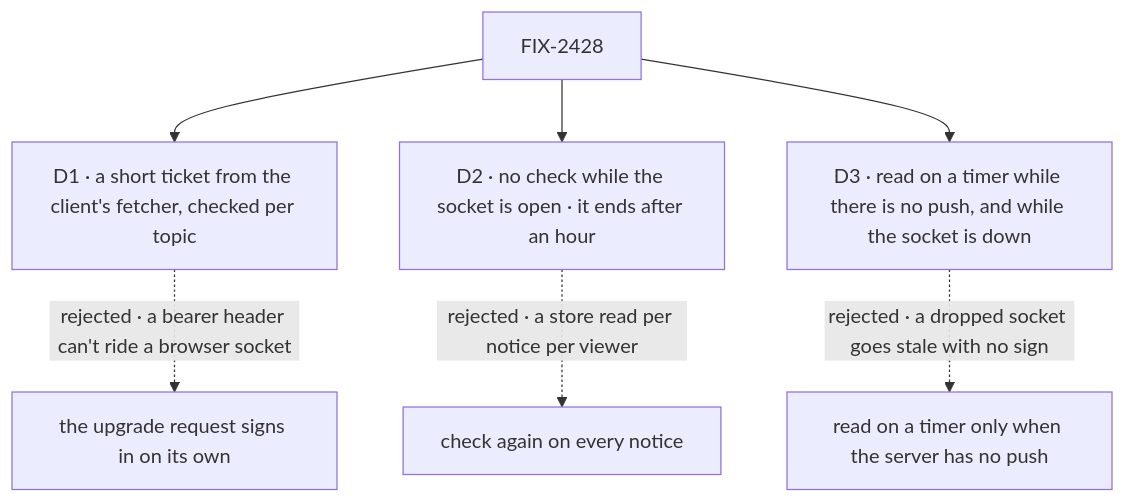
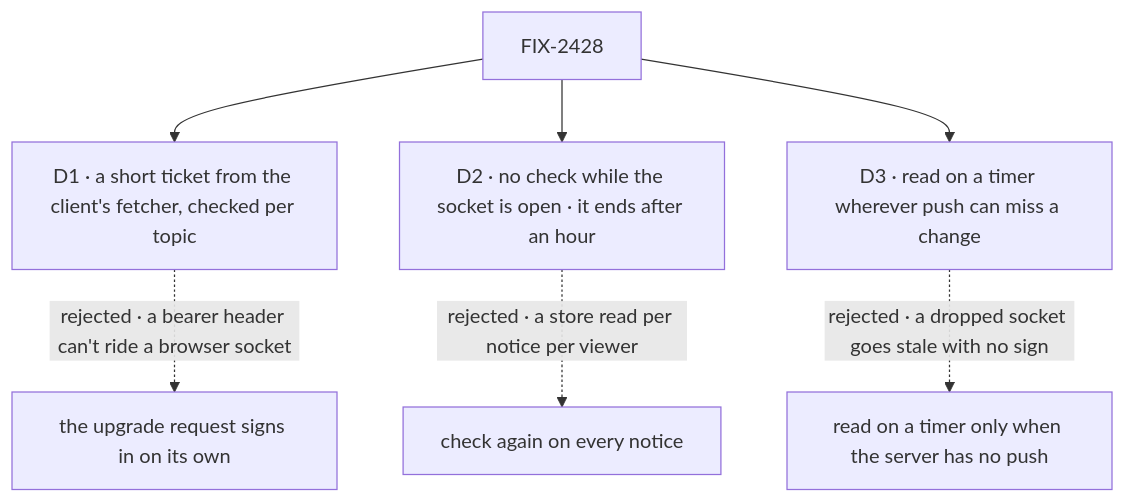
The diagram in specs/issues/FIX-2428/DECISIONS.md (fixpoint-labs/flow-state-dev), drawn with Mermaid before and after one commit. The commit also changed other lines of this file and 13 other files, not shown here.

````diff
--- a/specs/issues/FIX-2428/DECISIONS.md
+++ b/specs/issues/FIX-2428/DECISIONS.md
@@ -10,9 +10,9 @@
 ```mermaid
 flowchart TD
   I["FIX-2428"] --> D1["D1 · a short ticket from the client's fetcher, checked per topic"]
   D1 -.->|"rejected · a bearer header can't ride a browser socket"| X1["the upgrade request signs in on its own"]
   I --> D2["D2 · no check while the socket is open · it ends after an hour"]
   D2 -.->|"rejected · a store read per notice per viewer"| X2["check again on every notice"]
-  I --> D3["D3 · read on a timer while there is no push, and while the socket is down"]
+  I --> D3["D3 · read on a timer wherever push can miss a change"]
   D3 -.->|"rejected · a dropped socket goes stale with no sign"| X3["read on a timer only when the server has no push"]
 ```
````
